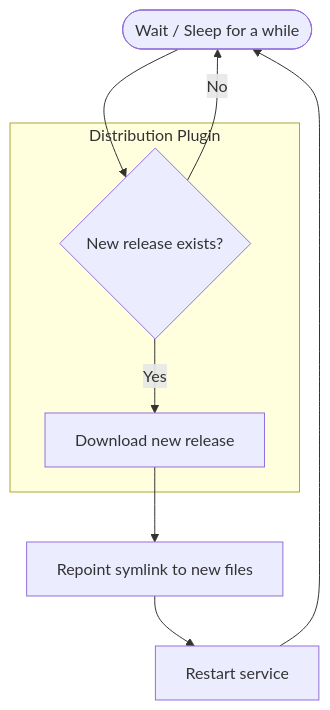
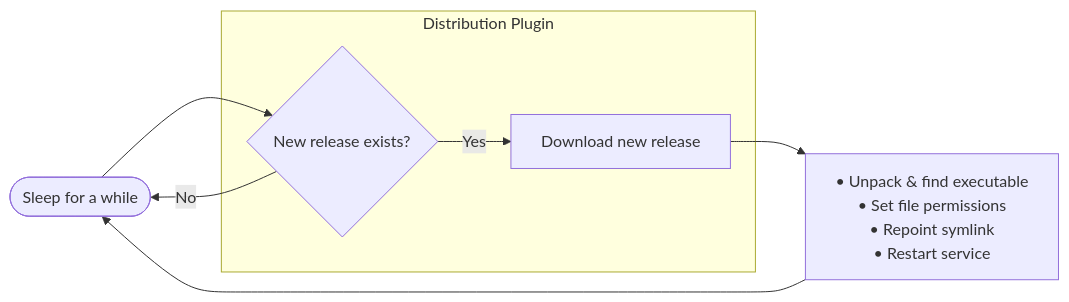
One commit to AdamTovatt/updaemon changed the sixth of 6 diagrams in README.md. Above: the diagram before and after it, drawn with Mermaid.

Commit message:
improve high level overview

````diff
--- a/README.md
+++ b/README.md
@@ -687,15 +687,14 @@
 ```mermaid
-graph TD
-    A([Wait / Sleep for a while])
+graph LR
+    A([Sleep for a while])
     subgraph Distribution Plugin
         B{New release exists?}
         C[Download new release]
     end
-    D[Repoint symlink to new files]
-    E[Restart service]
+    D["• Unpack & find executable<br/>• Set file permissions<br/>• Repoint symlink<br/>• Restart service"]
 
     A --> B
     B -->|Yes| C
     B -->|No| A
-    C --> D --> E --> A
+    C --> D --> A
 ```
````
